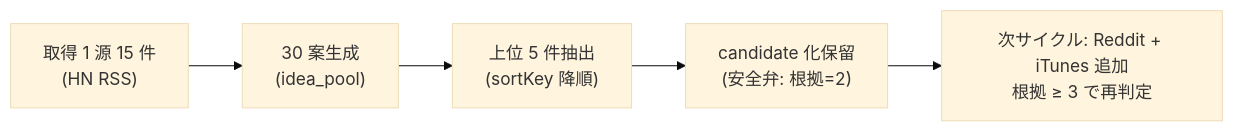
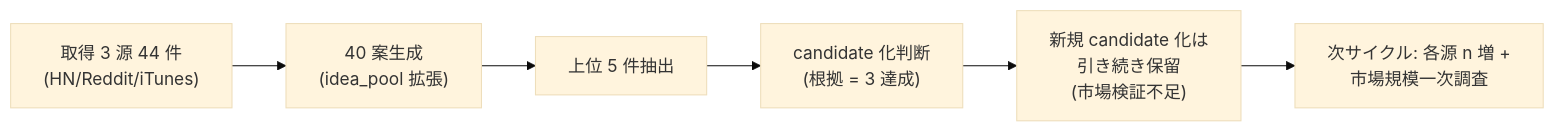
Before and after one commit to kaeru07/vault: the diagram in 06_research/daily/2026-05-21_実運転証跡.md, drawn with Mermaid (base theme). The commit also changed other lines of this file and 6 other files, not shown here.

Commit message:
vloop: Issue #48 Epic A Phase1完全化(3源 HN+Reddit+iTunes 44件→40案→上位5件・candidate化保留・candidate-001補強)

````diff
--- a/06_research/daily/2026-05-21_実運転証跡.md
+++ b/06_research/daily/2026-05-21_実運転証跡.md
@@ -18,7 +18,8 @@
 ```mermaid
 flowchart LR
-  Got["取得 1 源 15 件<br/>(HN RSS)"] --> Gen["30 案生成<br/>(idea_pool)"]
-  Gen --> Top["上位 5 件抽出<br/>(sortKey 降順)"]
-  Top --> Hold["candidate 化保留<br/>(安全弁: 根拠=2)"]
-  Hold --> Next["次サイクル: Reddit + iTunes 追加<br/>根拠 ≥ 3 で再判定"]
+  Got["取得 3 源 44 件<br/>(HN/Reddit/iTunes)"] --> Gen["40 案生成<br/>(idea_pool 拡張)"]
+  Gen --> Top["上位 5 件抽出"]
+  Top --> Decide["candidate 化判断<br/>(根拠 = 3 達成)"]
+  Decide --> Hold["新規 candidate 化は<br/>引き続き保留<br/>(市場検証不足)"]
+  Hold --> Next["次サイクル: 各源 n 増 +<br/>市場規模一次調査"]
 ```
````
